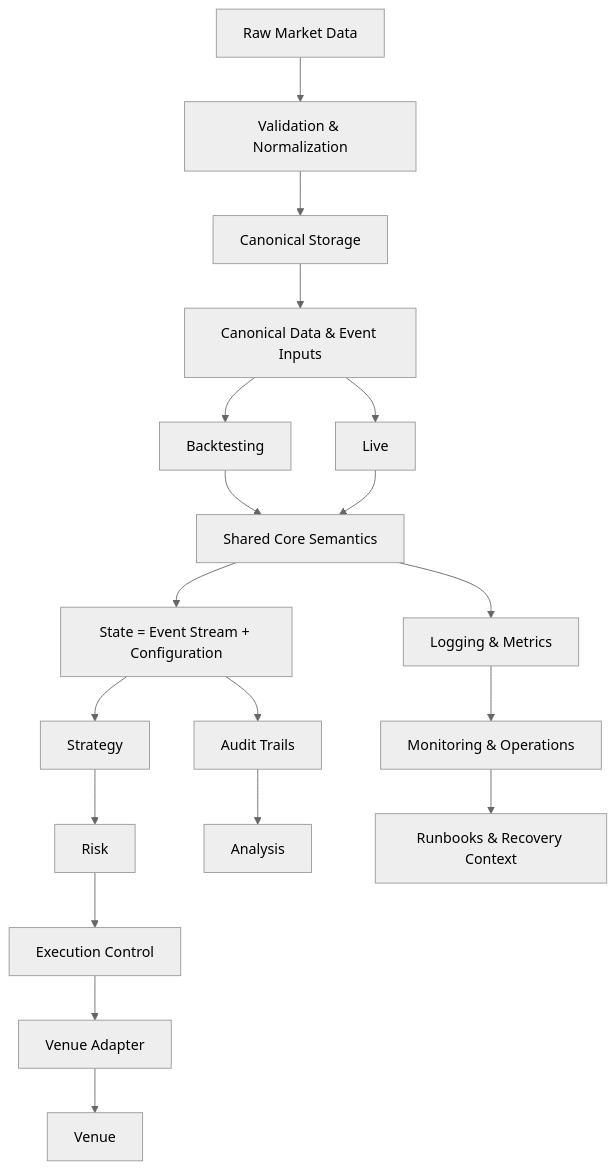
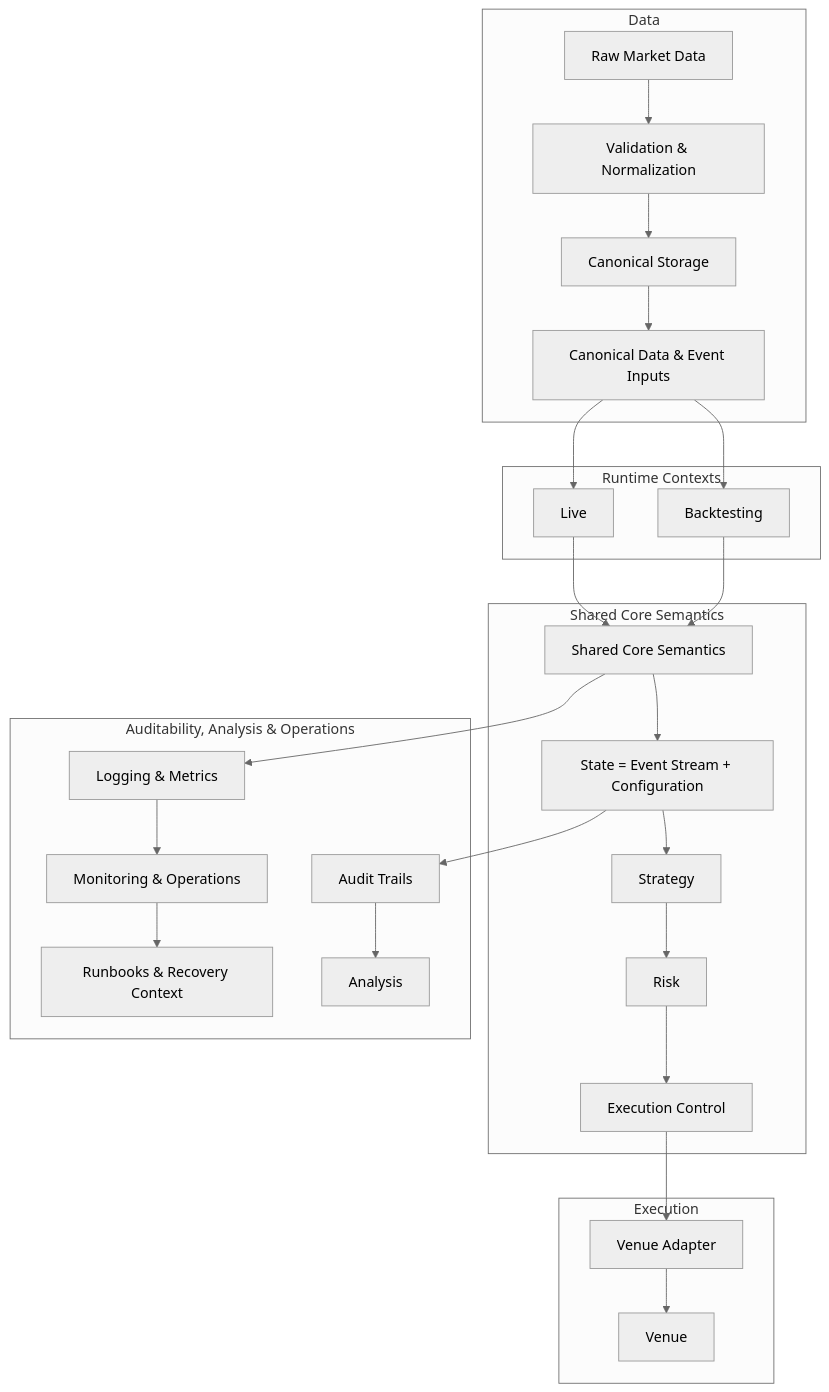
The diagram in profile/README.md (TradingChassis/.github), drawn with Mermaid (neutral theme) before and after one commit. The commit also changed other lines of this file, not shown here.

````diff
--- a/profile/README.md
+++ b/profile/README.md
@@ -30,25 +73,36 @@
 ```mermaid
 flowchart TD
-    A[Raw Market Data] --> B[Validation & Normalization]
-    B --> C[Canonical Storage]
-    C --> D[Canonical Data & Event Inputs]
+    subgraph Data[Data]
+        A[Raw Market Data] --> B[Validation & Normalization]
+        B --> C[Canonical Storage]
+        C --> D[Canonical Data & Event Inputs]
+    end
 
-    D --> F[Backtesting]
-    D --> G[Live]
+    subgraph Runtime[Runtime Contexts]
+        D --> F[Backtesting]
+        D --> G[Live]
+    end
 
-    F --> H[Shared Core Semantics]
-    G --> H
+    subgraph Core[Shared Core Semantics]
+        F --> H[Shared Core Semantics]
+        G --> H
 
-    H --> I[State = Event Stream + Configuration]
-    I --> K[Strategy]
-    K --> M[Risk]
-    M --> N[Execution Control]
-    N --> O[Venue Adapter]
-    O --> P[Venue]
+        H --> I[State = Event Stream + Configuration]
+        I --> K[Strategy]
+        K --> M[Risk]
+        M --> N[Execution Control]
+    end
 
-    I --> Q[Audit Trails]
-    Q --> R[Analysis]
-    H --> S[Logging & Metrics]
-    S --> T[Monitoring & Operations]
-    T --> U[Runbooks & Recovery Context]
+    subgraph Execution[Execution]
+        N --> O[Venue Adapter]
+        O --> P[Venue]
+    end
+
+    subgraph Observability[Auditability, Analysis & Operations]
+        I --> Q[Audit Trails]
+        Q --> R[Analysis]
+        H --> S[Logging & Metrics]
+        S --> T[Monitoring & Operations]
+        T --> U[Runbooks & Recovery Context]
+    end
 ```
````
